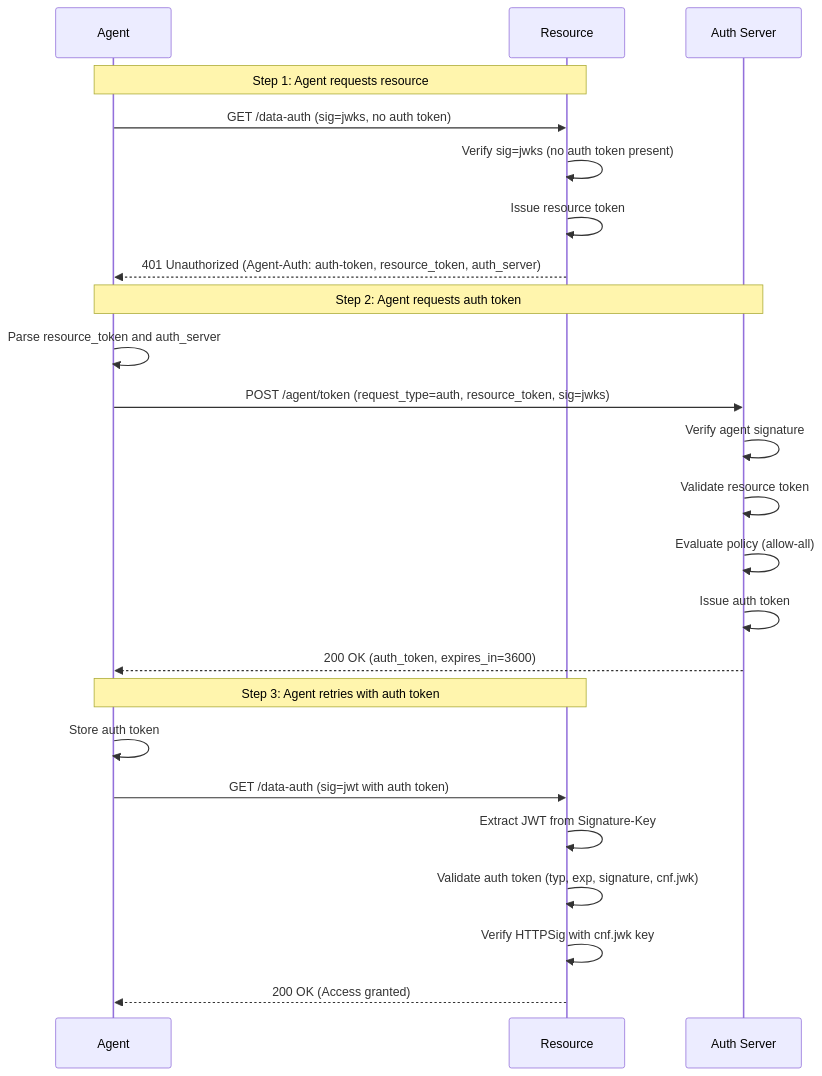
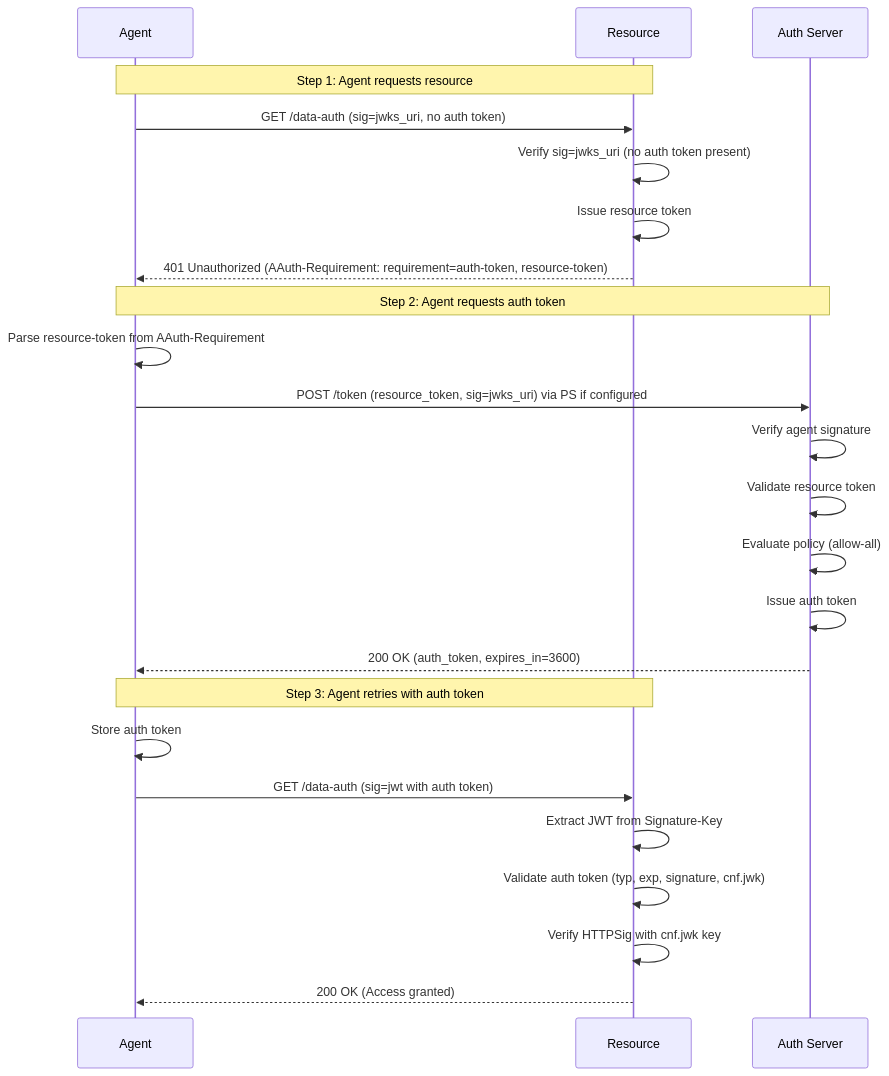
One commit to christian-posta/aauth-python-library changed the diagram in PHASE3-autonomous-authz.md. Above: the diagram before and after it, drawn with Mermaid. The commit also changed other lines of this file and 41 other files, not shown here.

````diff
--- a/PHASE3-autonomous-authz.md
+++ b/PHASE3-autonomous-authz.md
@@ -12,29 +12,29 @@
 ```mermaid
 sequenceDiagram
     participant A as Agent
     participant R as Resource
     participant AS as Auth Server
     
     Note over A,R: Step 1: Agent requests resource
-    A->>R: GET /data-auth (sig=jwks, no auth token)
-    R->>R: Verify sig=jwks (no auth token present)
+    A->>R: GET /data-auth (sig=jwks_uri, no auth token)
+    R->>R: Verify sig=jwks_uri (no auth token present)
     R->>R: Issue resource token
-    R-->>A: 401 Unauthorized (Agent-Auth: auth-token, resource_token, auth_server)
-    
+    R-->>A: 401 Unauthorized (AAuth-Requirement: requirement=auth-token, resource-token)
+
     Note over A,AS: Step 2: Agent requests auth token
-    A->>A: Parse resource_token and auth_server
-    A->>AS: POST /agent/token (request_type=auth, resource_token, sig=jwks)
+    A->>A: Parse resource-token from AAuth-Requirement
+    A->>AS: POST /token (resource_token, sig=jwks_uri) via PS if configured
     AS->>AS: Verify agent signature
     AS->>AS: Validate resource token
     AS->>AS: Evaluate policy (allow-all)
     AS->>AS: Issue auth token
     AS-->>A: 200 OK (auth_token, expires_in=3600)
     
     Note over A,R: Step 3: Agent retries with auth token
     A->>A: Store auth token
     A->>R: GET /data-auth (sig=jwt with auth token)
     R->>R: Extract JWT from Signature-Key
     R->>R: Validate auth token (typ, exp, signature, cnf.jwk)
     R->>R: Verify HTTPSig with cnf.jwk key
     R-->>A: 200 OK (Access granted)
 ```
````
